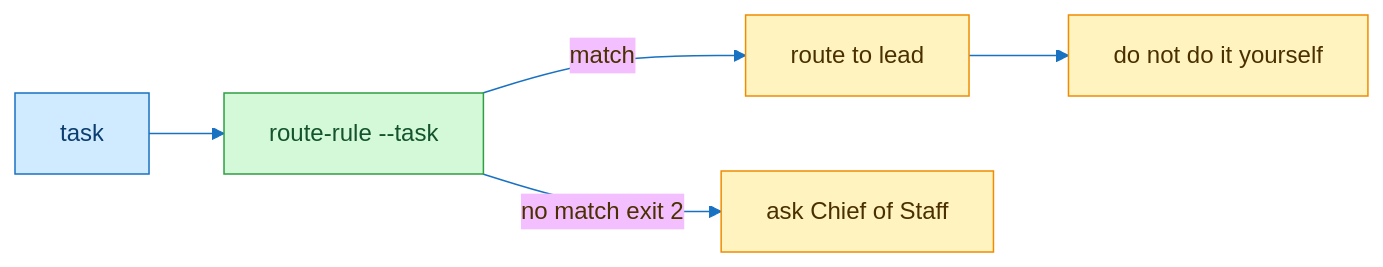
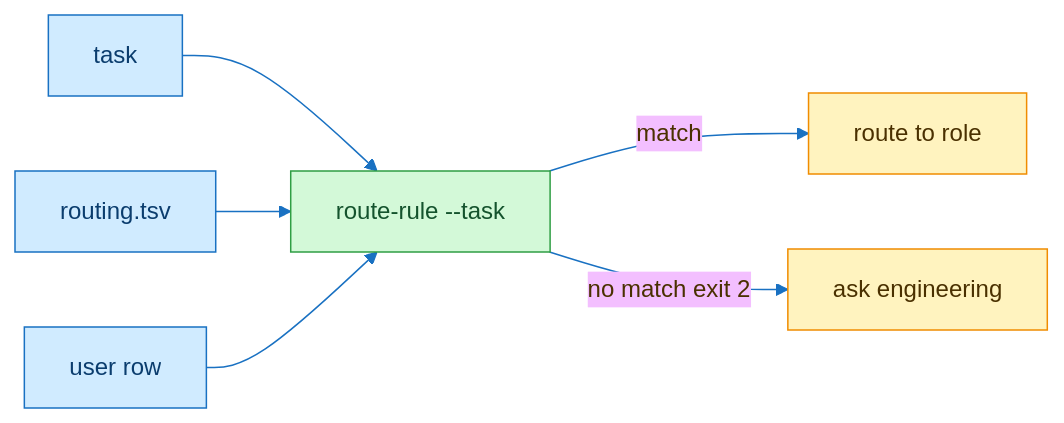
The diagram in marketplaces/cursor/flowingstack/skills/route-rule/SKILL.md (thecuriousts/ensembly), drawn with Mermaid before and after one commit. The commit also changed other lines of this file and 23 other files, not shown here.

First line of the commit message:
flowingstack: keep house rules off the default path

````diff
--- a/marketplaces/cursor/flowingstack/skills/route-rule/SKILL.md
+++ b/marketplaces/cursor/flowingstack/skills/route-rule/SKILL.md
@@ -11,14 +13,15 @@
 ```mermaid
 %%{init: {"theme": "base", "themeVariables": {"primaryColor": "#fff3bf", "primaryBorderColor": "#f08c00", "primaryTextColor": "#4a3000", "lineColor": "#1971c2", "fontFamily": "Inter"}}}%%
 flowchart LR
   t["task"] --> r["route-rule --task"]
-  r -->|match| l["route to lead"]
-  r -->|no match exit 2| c["ask Chief of Staff"]
-  l --> s["do not do it yourself"]
+  b["routing.tsv"] --> r
+  u["user row"] --> r
+  r -->|match| l["route to role"]
+  r -->|no match exit 2| c["ask engineering"]
   classDef src fill:#d0ebff,stroke:#1971c2,color:#0b3d6e
   classDef act fill:#d3f9d8,stroke:#2f9e44,color:#14532d
   classDef out fill:#fff3bf,stroke:#f08c00,color:#4a3000
-  class t src
+  class t,b,u src
   class r act
-  class l,s,c out
+  class l,c out
 ```
````
